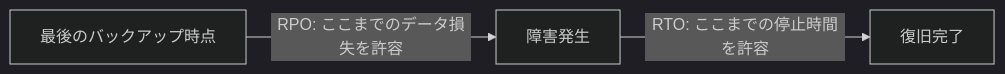
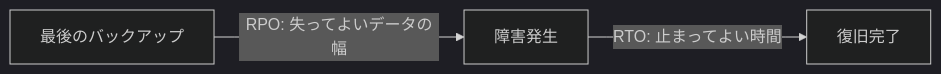
The diagram in topics/08_management-governance/02_security-operations.md (SomaTomita/sec-prep), drawn with Mermaid (dark theme) before and after one commit. The commit also changed other lines of this file and 3 other files, not shown here.

````diff
--- a/topics/08_management-governance/02_security-operations.md
+++ b/topics/08_management-governance/02_security-operations.md
@@ -74,5 +64,5 @@
 ```mermaid
 flowchart LR
-    B["最後のバックアップ時点"] -->|"RPO: ここまでのデータ損失を許容"| F["障害発生"]
-    F -->|"RTO: ここまでの停止時間を許容"| R["復旧完了"]
+    B["最後のバックアップ"] -->|"RPO: 失ってよいデータの幅"| F["障害発生"]
+    F -->|"RTO: 止まってよい時間"| R["復旧完了"]
 ```
````
